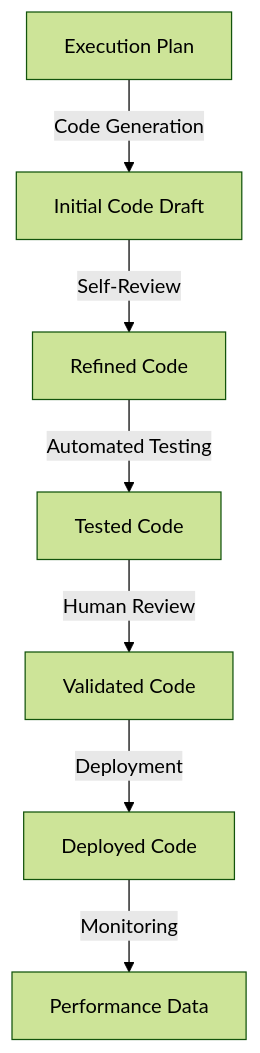
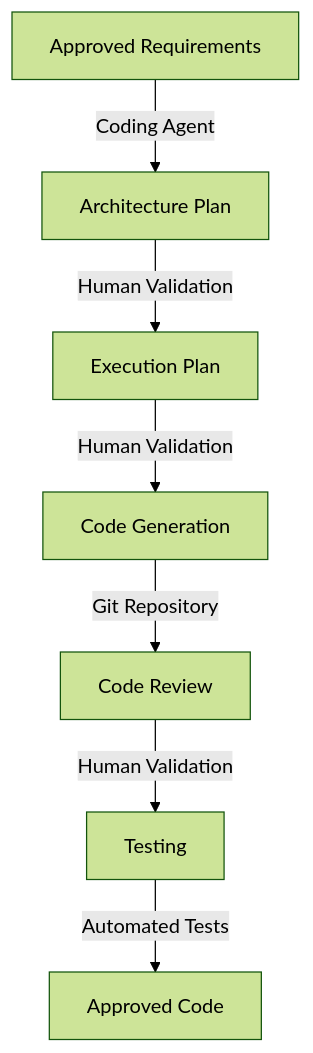
The second of 5 diagrams in docs/arch/data_flow_architecture.md (kgatilin/aihive), drawn with Mermaid (forest theme) before and after one commit. The commit also changed other lines of this file and 3 other files, not shown here.

Commit message:
Streamline architecture docs to align with simplified component architecture

````diff
--- a/docs/arch/data_flow_architecture.md
+++ b/docs/arch/data_flow_architecture.md
@@ -48,9 +46,9 @@
 ```mermaid
 graph TD
-    A[Execution Plan] -->|Code Generation| B[Initial Code Draft]
-    B -->|Self-Review| C[Refined Code]
-    C -->|Automated Testing| D[Tested Code]
-    D -->|Human Review| E[Validated Code]
-    E -->|Deployment| F[Deployed Code]
-    F -->|Monitoring| G[Performance Data]
+    A[Approved Requirements] -->|Coding Agent| B[Architecture Plan]
+    B -->|Human Validation| C[Execution Plan]
+    C -->|Human Validation| D[Code Generation]
+    D -->|Git Repository| E[Code Review]
+    E -->|Human Validation| F[Testing]
+    F -->|Automated Tests| G[Approved Code]
 ```
````
